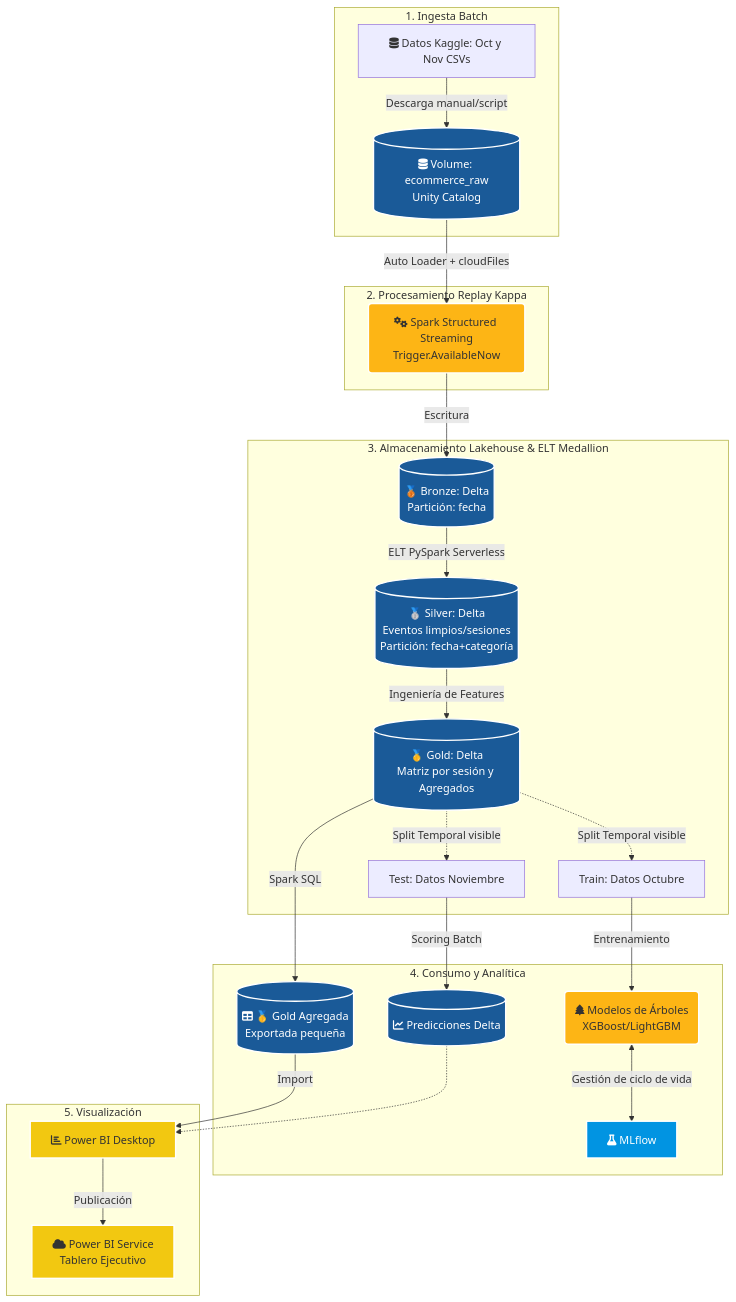
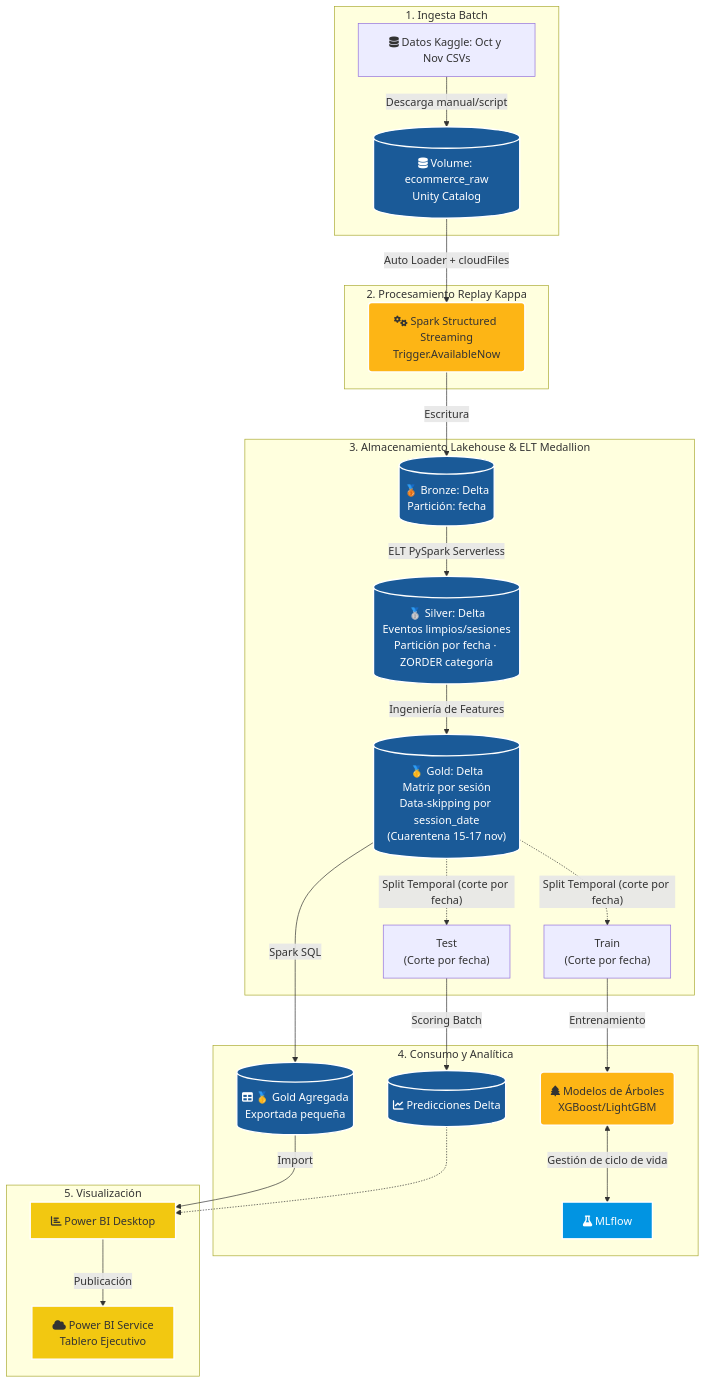
The first of 2 diagrams in docs/03_propuesta_corregida.md (HeiderZapata/proyecto-integrador-g8), drawn with Mermaid before and after one commit.

Commit message:
pipeline: corrección 3 ajustes en la ilustración 2 indicada por Yeison

````diff
--- a/docs/03_propuesta_corregida.md
+++ b/docs/03_propuesta_corregida.md
@@ -165,58 +164,57 @@
 ```mermaid
-
 flowchart TB
  subgraph subGraph0["1. Ingesta Batch"]
         B[("fa:fa-database Volume: ecommerce_raw<br>Unity Catalog")]
         A["fa:fa-database Datos Kaggle: Oct y Nov CSVs"]
   end
  subgraph subGraph1["2. Procesamiento Replay Kappa"]
         C("fa:fa-gears Spark Structured Streaming<br>Trigger.AvailableNow")
   end
  subgraph subGraph2["3. Almacenamiento Lakehouse & ELT Medallion"]
         D[("🥉 Bronze: Delta<br>Partición: fecha")]
-        E[("🥈 Silver: Delta<br>Eventos limpios/sesiones<br>Partición: fecha+categoría")]
-        F[("🥇 Gold: Delta<br>Matriz por sesión y Agregados")]
-        F1["Train: Datos Octubre"]
-        F2["Test: Datos Noviembre"]
+        E[("🥈 Silver: Delta<br>Eventos limpios/sesiones<br>Partición por fecha · ZORDER categoría")]
+        F[("🥇 Gold: Delta<br>Matriz por sesión<br>Data-skipping por session_date<br>(Cuarentena 15-17 nov)")]
+        F1["Train<br>(Corte por fecha)"]
+        F2["Test<br>(Corte por fecha)"]
   end
  subgraph subGraph3["4. Consumo y Analítica"]
         G("fa:fa-tree Modelos de Árboles<br>XGBoost/LightGBM")
         H["fa:fa-flask MLflow"]
         I[("fa:fa-chart-line Predicciones Delta")]
         J[("fa:fa-table 🥇 Gold Agregada<br>Exportada pequeña")]
   end
  subgraph subGraph4["5. Visualización"]
         K["fa:fa-chart-bar Power BI Desktop"]
         L["fa:fa-cloud Power BI Service<br>Tablero Ejecutivo"]
   end
     A -- Descarga manual/script --> B
     B -- Auto Loader + cloudFiles --> C
     C -- Escritura --> D
     D -- ELT PySpark Serverless --> E
     E -- Ingeniería de Features --> F
-    F -. Split Temporal visible .-> F1 & F2
+    F -. Split Temporal (corte por fecha) .-> F1 & F2
     F1 -- Entrenamiento --> G
     G <-- Gestión de ciclo de vida --> H
     F2 -- Scoring Batch --> I
     F -- Spark SQL --> J
     K -- Publicación --> L
     J -- Import --> K
     I -.-> K
 
      B:::storage
      C:::process
      D:::storage
      E:::storage
      F:::storage
      G:::process
      H:::mlflow
      I:::storage
      J:::storage
      K:::bi
      L:::bi
     classDef databricks fill:#FF3621,stroke:#fff,stroke-width:2px,color:#fff
     classDef storage fill:#1A5A98,stroke:#fff,stroke-width:2px,color:#fff
     classDef process fill:#FDB515,stroke:#fff,stroke-width:2px,color:#333
     classDef bi fill:#F2C811,stroke:#fff,stroke-width:2px,color:#333
     classDef mlflow fill:#0194E2,stroke:#fff,stroke-width:2px,color:#fff
 ```
````
